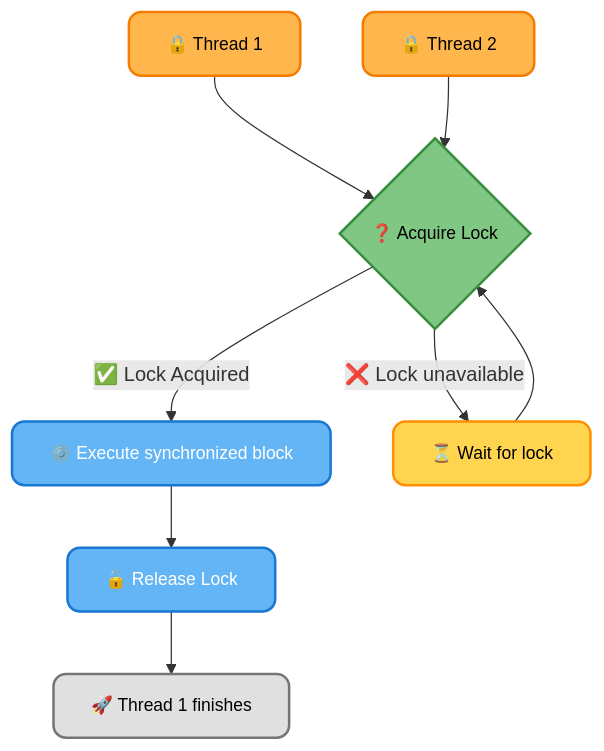
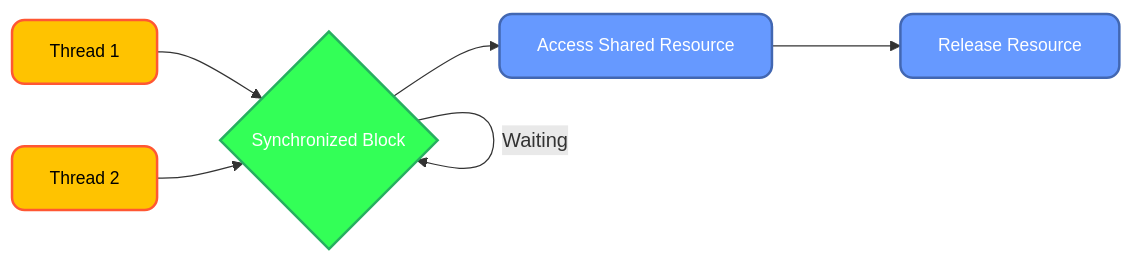
The second of 3 diagrams in _posts/2025-01-15-18.-synchronization-in-java.md (infoyouth/infoyouth.github.io), drawn with Mermaid before and after one commit. The commit also changed other lines of this file and 3 other files, not shown here.

````diff
--- a/_posts/2025-01-15-18.-synchronization-in-java.md
+++ b/_posts/2025-01-15-18.-synchronization-in-java.md
@@ -171,27 +168,20 @@
 ```mermaid
-graph TD
-    A["🔒 Thread 1"] --> B{"❓ Acquire Lock"};
-    B -- "✅ Lock Acquired" --> C["⚙️ Execute synchronized block"];
-    C --> D["🔓 Release Lock"];
-    D --> E["🚀 Thread 1 finishes"];
+graph LR
+    A["Thread 1"] --> B{Synchronized Block};
+    B --> C["Access Shared Resource"];
+    C --> D["Release Resource"];
+    E["Thread 2"] --> B;
+    B -- Waiting --> B;
 
-    F["🔒 Thread 2"] --> B;
-    B -- "❌ Lock unavailable" --> G["⏳ Wait for lock"];
-    G --> B;
+    classDef threadStyle fill:#FFC300,stroke:#FF5733,color:#000000,font-size:14px,stroke-width:2px,rx:10px,shadow:3px;
+    classDef syncStyle fill:#33FF57,stroke:#27AE60,color:#FFFFFF,font-size:14px,stroke-width:2px,rx:10px,shadow:3px;
+    classDef resourceStyle fill:#6699FF,stroke:#4267B2,color:#FFFFFF,font-size:14px,stroke-width:2px,rx:10px,shadow:3px;
 
-    %% Class Definitions
-    classDef threadStyle fill:#FFB74D,stroke:#F57C00,color:#000000,font-size:14px,stroke-width:2px,rx:10px,shadow:3px;
-    classDef decisionStyle fill:#81C784,stroke:#388E3C,color:#000000,font-size:14px,stroke-width:2px,rx:10px,shadow:3px;
-    classDef executionStyle fill:#64B5F6,stroke:#1976D2,color:#FFFFFF,font-size:14px,stroke-width:2px,rx:10px,shadow:3px;
-    classDef waitingStyle fill:#FFD54F,stroke:#FF8F00,color:#000000,font-size:14px,stroke-width:2px,rx:10px,shadow:3px;
-    classDef completionStyle fill:#E0E0E0,stroke:#757575,color:#000000,font-size:14px,stroke-width:2px,rx:10px,shadow:3px;
+    class A threadStyle;
+    class B syncStyle;
+    class C resourceStyle;
+    class D resourceStyle;
+    class E threadStyle;
 
-    %% Apply Classes
-    class A,F threadStyle;
-    class B decisionStyle;
-    class C executionStyle;
-    class D executionStyle;
-    class E completionStyle;
-    class G waitingStyle;
 
 ```
````
